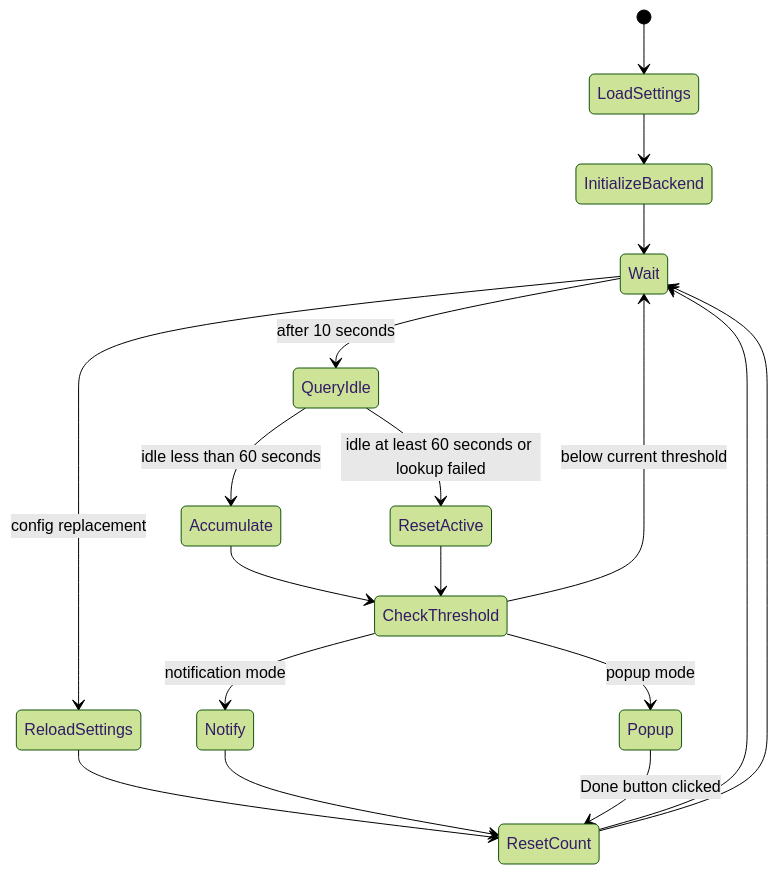
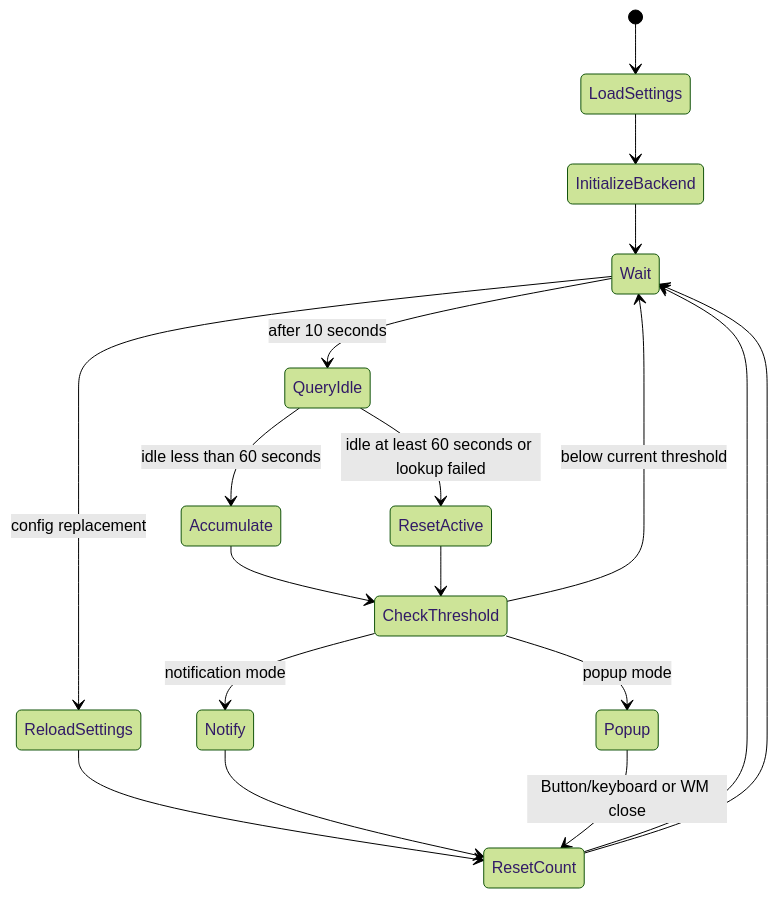
Before and after one commit to KLX1899/eyeki: the second of 2 diagrams in docs/ARCHITECTURE.md, drawn with Mermaid (forest theme). The commit also changed other lines of this file and 15 other files, not shown here.

````diff
--- a/docs/ARCHITECTURE.md
+++ b/docs/ARCHITECTURE.md
@@ -60,20 +61,20 @@
 ```mermaid
 stateDiagram-v2
     [*] --> LoadSettings
     LoadSettings --> InitializeBackend
     InitializeBackend --> Wait
     Wait --> ReloadSettings: config replacement
     ReloadSettings --> ResetCount
     ResetCount --> Wait
     Wait --> QueryIdle: after 10 seconds
     QueryIdle --> Accumulate: idle less than 60 seconds
     QueryIdle --> ResetActive: idle at least 60 seconds or lookup failed
     Accumulate --> CheckThreshold
     ResetActive --> CheckThreshold
     CheckThreshold --> Wait: below current threshold
     CheckThreshold --> Notify: notification mode
     CheckThreshold --> Popup: popup mode
     Notify --> ResetCount
-    Popup --> ResetCount: Done button clicked
+    Popup --> ResetCount: Button/keyboard or WM close
     ResetCount --> Wait
 ```
````
